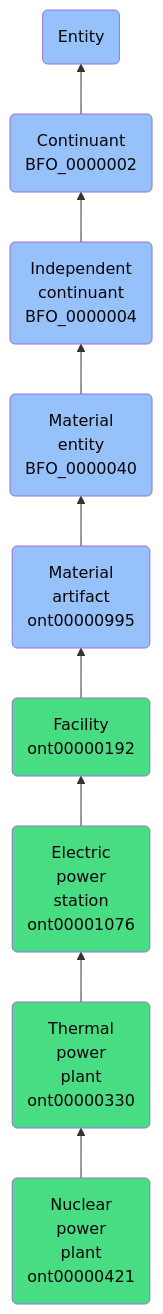
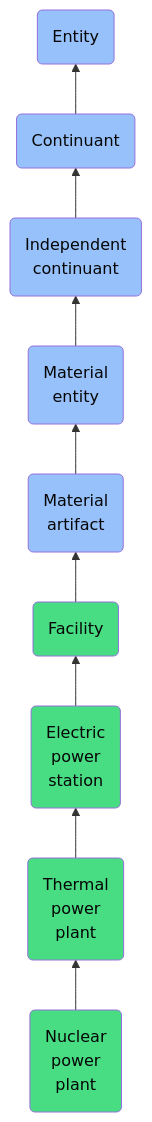
The diagram in docs/ontology/reference/model/Entity/Continuant/Independent continuant/Material entity/Material artifact/Facility/Electric power station/Thermal power plant/Nuclear power plant/Nuclear power plant.md (jupyter-naas/abi), drawn with Mermaid before and after one commit. The commit also changed other lines of this file and 1430 other files, not shown here.

````diff
--- a/docs/ontology/reference/model/Entity/Continuant/Independent continuant/Material entity/Material artifact/Facility/Electric power station/Thermal power plant/Nuclear power plant/Nuclear power plant.md
+++ b/docs/ontology/reference/model/Entity/Continuant/Independent continuant/Material entity/Material artifact/Facility/Electric power station/Thermal power plant/Nuclear power plant/Nuclear power plant.md
@@ -24,16 +24,16 @@
 ```mermaid
 graph BT
-    ont00000421(Nuclear<br>power<br>plant<br>ont00000421):::ABI-->ont00000330
-    ont00000330(Thermal<br>power<br>plant<br>ont00000330):::ABI-->ont00001076
-    ont00001076(Electric<br>power<br>station<br>ont00001076):::ABI-->ont00000192
-    ont00000192(Facility<br>ont00000192):::ABI-->ont00000995
-    ont00000995(Material<br>artifact<br>ont00000995):::BFO-->BFO_0000040
-    BFO_0000040(Material<br>entity<br>BFO_0000040):::BFO-->BFO_0000004
-    BFO_0000004(Independent<br>continuant<br>BFO_0000004):::BFO-->BFO_0000002
-    BFO_0000002(Continuant<br>BFO_0000002):::BFO-->BFO_0000001
+    ont00000421(Nuclear<br>power<br>plant):::ABI-->ont00000330
+    ont00000330(Thermal<br>power<br>plant):::ABI-->ont00001076
+    ont00001076(Electric<br>power<br>station):::ABI-->ont00000192
+    ont00000192(Facility):::ABI-->ont00000995
+    ont00000995(Material<br>artifact):::BFO-->BFO_0000040
+    BFO_0000040(Material<br>entity):::BFO-->BFO_0000004
+    BFO_0000004(Independent<br>continuant):::BFO-->BFO_0000002
+    BFO_0000002(Continuant):::BFO-->BFO_0000001
     BFO_0000001(Entity):::BFO
     
     classDef BFO fill:#97c1fb,color:#060606
     classDef CCO fill:#e4c51e,color:#060606
     classDef ABI fill:#48DD82,color:#060606
 ```
````
